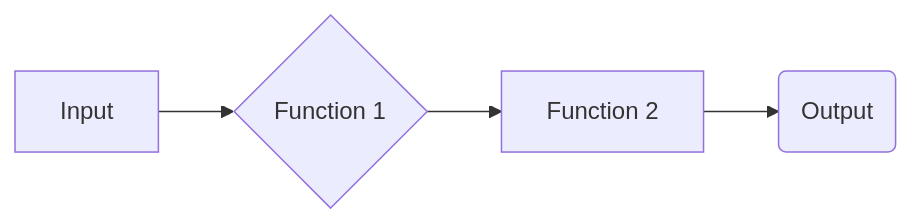
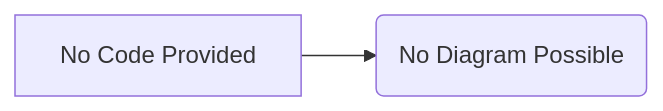
One commit to hypo69/hypo changed the diagram in pytest/gemini/en/src/endpoints/hypo69/code_assistant/instructions/instruction_code_explainer_md_en.md. Above: the diagram before and after it, drawn with Mermaid. The commit also changed other lines of this file and 229 other files, not shown here.

````diff
--- a/pytest/gemini/en/src/endpoints/hypo69/code_assistant/instructions/instruction_code_explainer_md_en.md
+++ b/pytest/gemini/en/src/endpoints/hypo69/code_assistant/instructions/instruction_code_explainer_md_en.md
@@ -18,6 +17,4 @@
 ```mermaid
 graph LR
-    A[Input] --> B{Function 1};
-    B --> C[Function 2];
-    C --> D(Output);
+    A[No Code Provided] --> B(No Diagram Possible);
 ```
````
